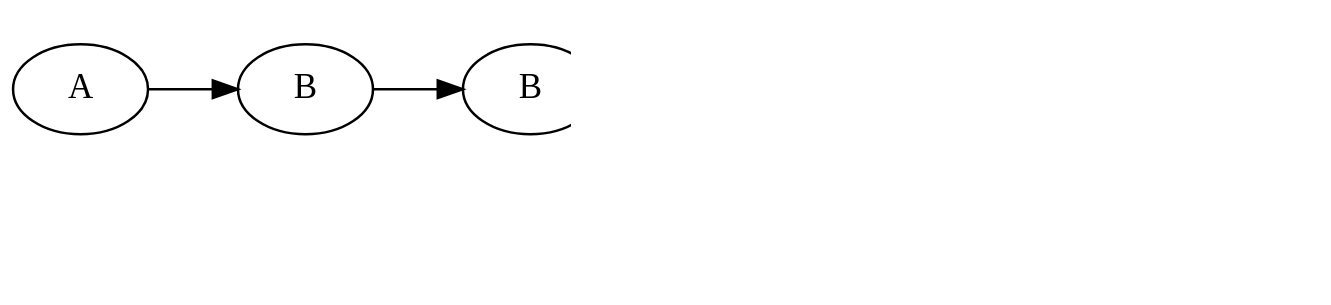
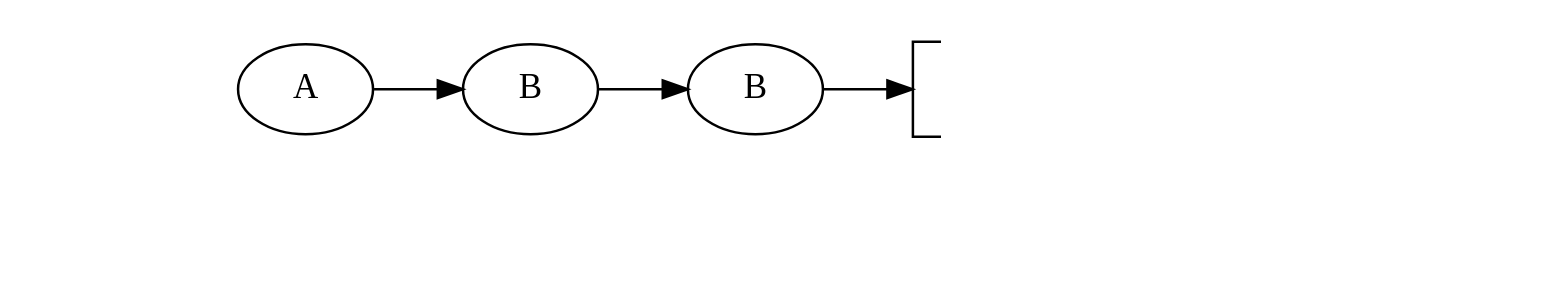
Before and after one commit to inponomarev/kstreams-testing-pitfalls: diagram 15 of 26 in slides/src/main/asciidoc/lecture.adoc, drawn with Graphviz. The commit also changed other lines of this file, not shown here.

```diff
--- a/slides/src/main/asciidoc/lecture.adoc
+++ b/slides/src/main/asciidoc/lecture.adoc
@@ -661,29 +667,36 @@
 [graphviz,"cache1b.png"]
 ----
 digraph G {
 graph [ dpi = 180 ];
 rankdir="LR";
 
 A1[label="A"];
 B1[label="B"];
 B2[label="B"];
 
 A1 -> B1 -> B2 -> Reduce;
 
 Reduce[shape=box,label="reduce \n (l, r) → <STOP>"]
 
 Reduce -> Cache
 
 Cache[shape=box,label=<<table cellspacing="5" cellborder="0"  border="0">
         <tr><td colspan="2">Cache</td></tr>
         <tr><td>A</td>
         <vr/><td>A</td></tr></table>>];
 Store[shape=cylinder,label=<<table cellspacing="5" cellborder="0"  border="0">
         <tr><td colspan="2">Local Store</td></tr>
         <tr><td> </td><td> </td></tr>
         </table>>];
         
 Cache -> Store;
 {rank = same; Store; Cache; }
+
+#Padding with invisible elements
+P3->A1[style="invis"];
+Cache -> P1 -> P2[style="invis"];
+P1[label="<STOP>", style="invis"];
+P2[label="<STOP>", style="invis"];
+P3[label="A", style="invis"];
 }
 ----
```
